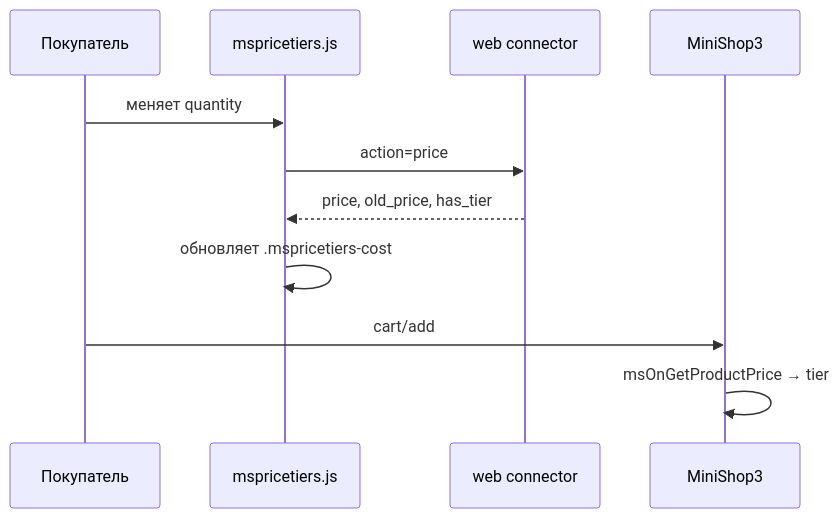
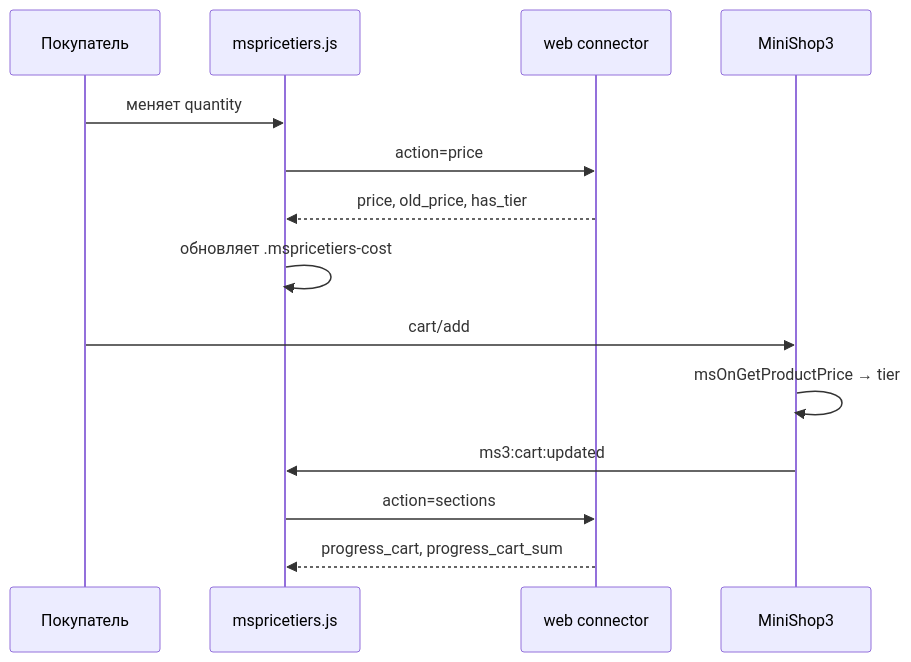
The diagram in docs/components/mspricetiers/frontend.md (modx-pro/Docs), drawn with Mermaid before and after one commit. The commit also changed other lines of this file and 14 other files, not shown here.

````diff
--- a/docs/components/mspricetiers/frontend.md
+++ b/docs/components/mspricetiers/frontend.md
@@ -25,14 +25,17 @@
 ```mermaid
 sequenceDiagram
   participant U as Покупатель
   participant JS as mspricetiers.js
   participant API as web connector
   participant MS as MiniShop3
 
   U->>JS: меняет quantity
   JS->>API: action=price
   API-->>JS: price, old_price, has_tier
   JS->>JS: обновляет .mspricetiers-cost
   U->>MS: cart/add
   MS->>MS: msOnGetProductPrice → tier
+  MS->>JS: ms3:cart:updated
+  JS->>API: action=sections
+  API-->>JS: progress_cart, progress_cart_sum
 ```
````
